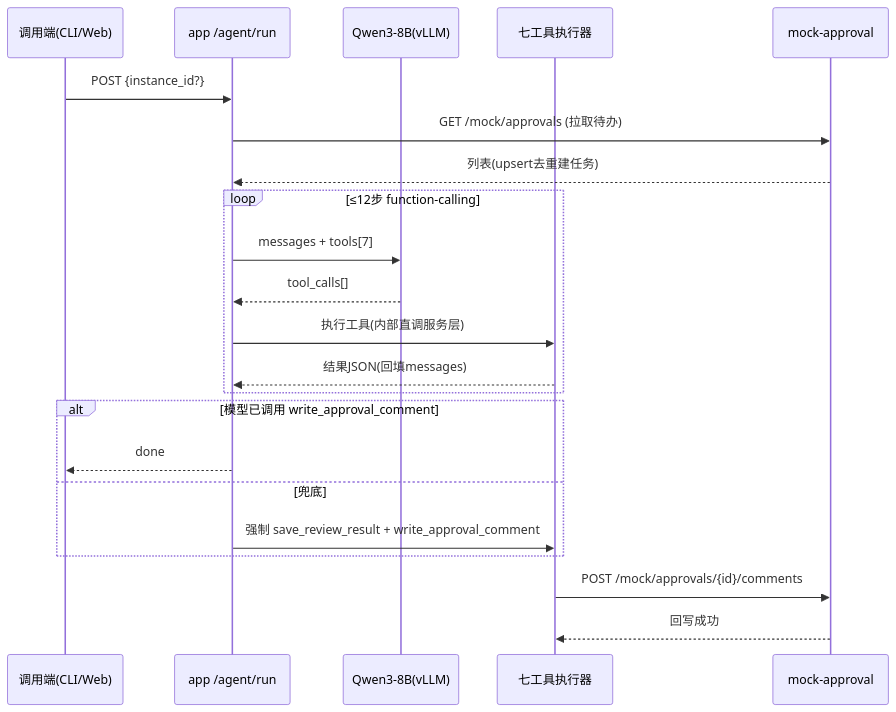
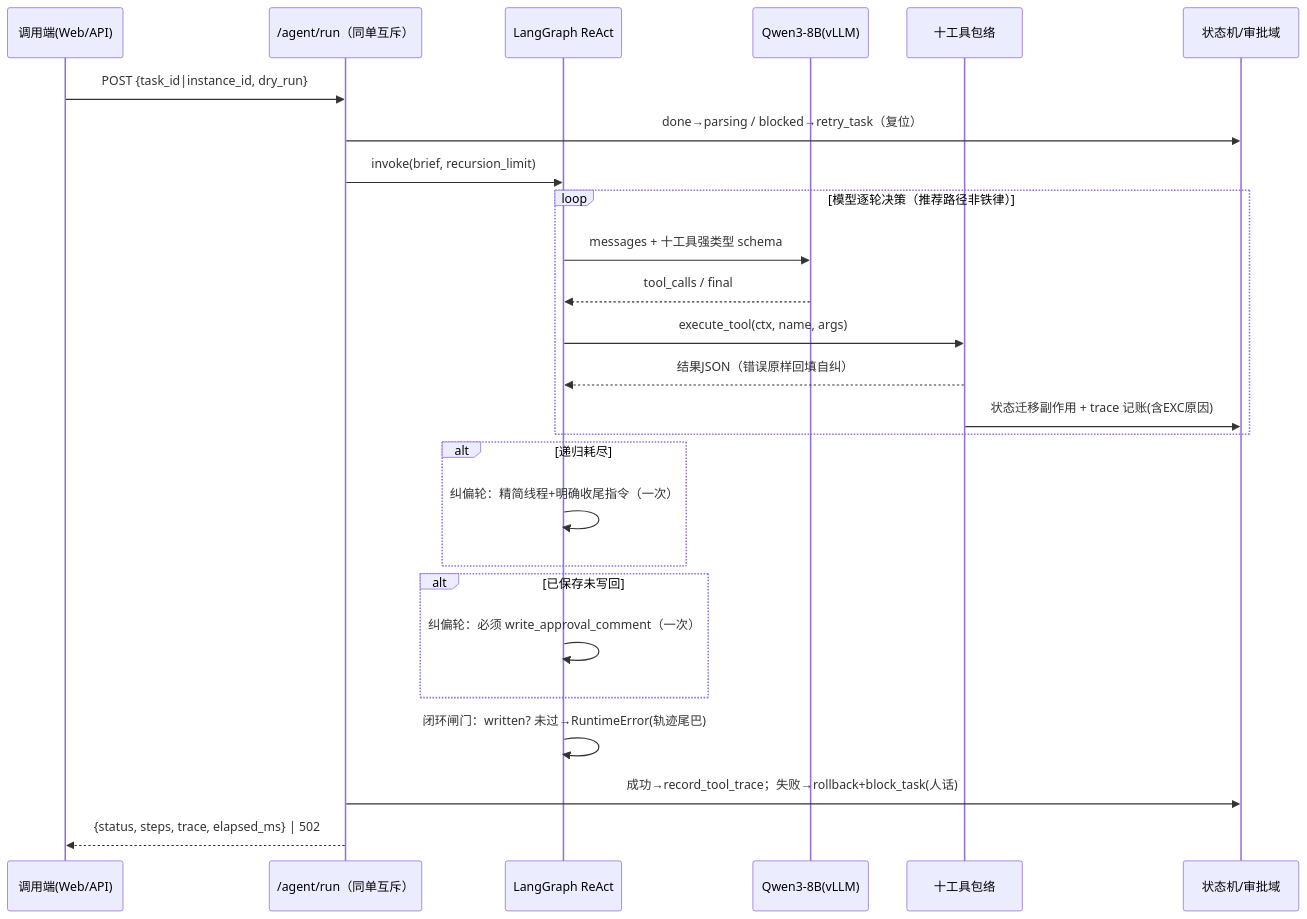
One commit to nobodycare-no/contract-review-agent changed the diagram in docs/sdd/SDD.md. Above: the diagram before and after it, drawn with Mermaid. The commit also changed other lines of this file and 13 other files, not shown here.

````diff
--- a/docs/sdd/SDD.md
+++ b/docs/sdd/SDD.md
@@ -54,25 +43,29 @@
 ```mermaid
 sequenceDiagram
-    participant C as 调用端(CLI/Web)
-    participant A as app /agent/run
+    participant C as 调用端(Web/API)
+    participant A as /agent/run（同单互斥）
+    participant L as LangGraph ReAct
     participant Q as Qwen3-8B(vLLM)
-    participant T as 七工具执行器
-    participant M as mock-approval
+    participant T as 十工具包络
+    participant S as 状态机/审批域
 
-    C->>A: POST {instance_id?}
-    A->>M: GET /mock/approvals (拉取待办)
-    M-->>A: 列表(upsert去重建任务)
-    loop ≤12步 function-calling
-        A->>Q: messages + tools[7]
-        Q-->>A: tool_calls[]
-        A->>T: 执行工具(内部直调服务层)
-        T-->>A: 结果JSON(回填messages)
+    C->>A: POST {task_id|instance_id, dry_run}
+    A->>S: done→parsing / blocked→retry_task（复位）
+    A->>L: invoke(brief, recursion_limit)
+    loop 模型逐轮决策（推荐路径非铁律）
+        L->>Q: messages + 十工具强类型 schema
+        Q-->>L: tool_calls / final
+        L->>T: execute_tool(ctx, name, args)
+        T-->>L: 结果JSON（错误原样回填自纠）
+        T->>S: 状态迁移副作用 + trace 记账(含EXC原因)
     end
-    alt 模型已调用 write_approval_comment
-        A-->>C: done
-    else 兜底
-        A->>T: 强制 save_review_result + write_approval_comment
+    alt 递归耗尽
+        L->>L: 纠偏轮：精简线程+明确收尾指令（一次）
     end
-    T->>M: POST /mock/approvals/{id}/comments
-    M-->>T: 回写成功
+    alt 已保存未写回
+        L->>L: 纠偏轮：必须 write_approval_comment（一次）
+    end
+    L->>L: 闭环闸门：written? 未过→RuntimeError(轨迹尾巴)
+    A->>S: 成功→record_tool_trace；失败→rollback+block_task(人话)
+    A-->>C: {status, steps, trace, elapsed_ms} | 502
 ```
````
